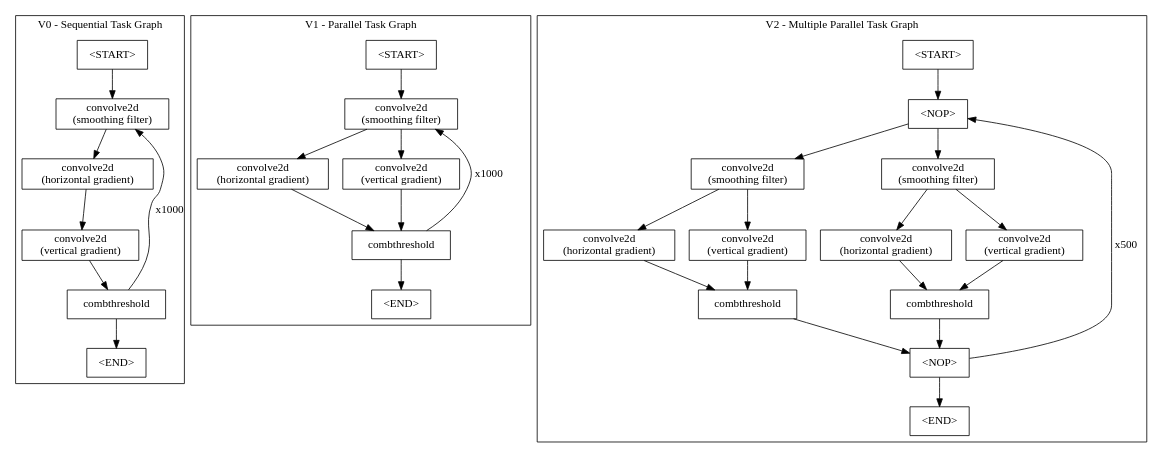
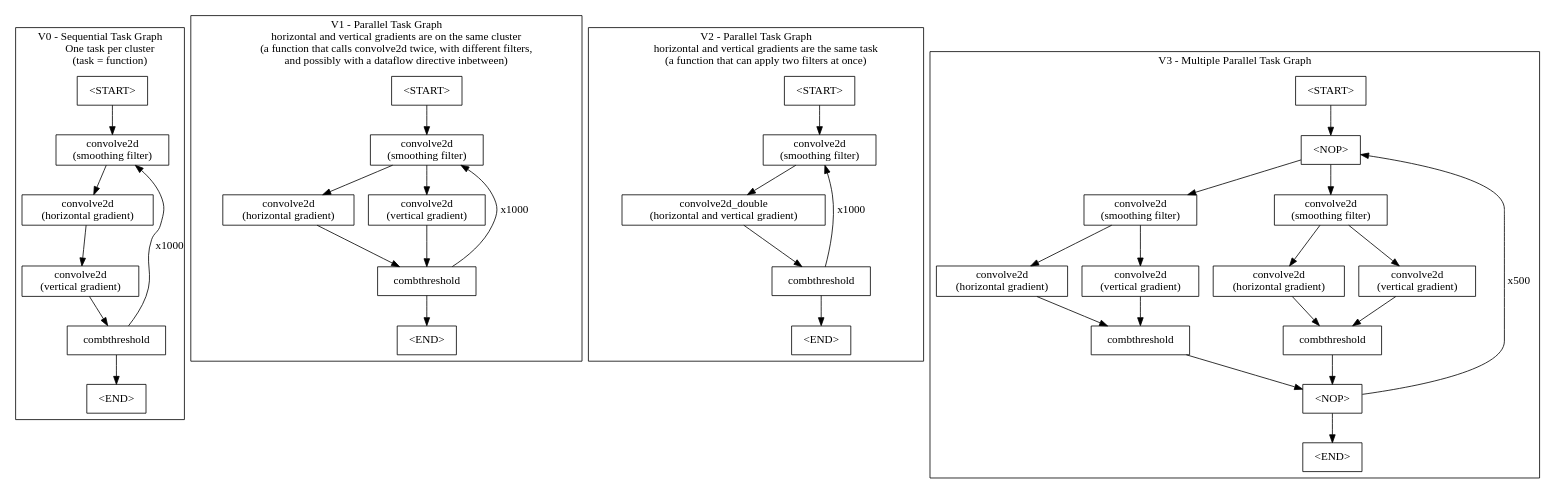
Before and after one commit to tiagolascasas/wonderland: the diagram in VitisEdgeDetect/src/taskgraph.dot, drawn with Graphviz. The commit also changed 6 other files, not shown here.

```diff
--- a/VitisEdgeDetect/src/taskgraph.dot
+++ b/VitisEdgeDetect/src/taskgraph.dot
@@ -1,83 +1,107 @@
 digraph GN {
     node [shape=rectangle]
 
     subgraph cluster_0 {
-        label="V0 - Sequential Task Graph";
+        label="V0 - Sequential Task Graph
+        One task per cluster
+        (task = function)";
 		shape=rectangle;
         
         TS [label="<START>"]
         T1 [label="convolve2d\n(smoothing filter)"]
         T2 [label="convolve2d\n(horizontal gradient)"]
         T3 [label="convolve2d\n(vertical gradient)"]
         T4 [label="combthreshold"]
         TE [label="<END>"]
 
         TS -> T1
         T1 -> T2
         T2 -> T3
         T3 -> T4
         T4 -> T1 [label="x1000"]
         T4 -> TE
     }
     
     subgraph cluster_1 {
-        label="V1 - Parallel Task Graph";
+        label="V1 - Parallel Task Graph
+        horizontal and vertical gradients are on the same cluster
+        (a function that calls convolve2d twice, with different filters, 
+        and possibly with a dataflow directive inbetween)";
 		shape=rectangle;
         
         TTS [label="<START>"]
         TT1 [label="convolve2d\n(smoothing filter)"]
         TT2 [label="convolve2d\n(horizontal gradient)"]
         TT3 [label="convolve2d\n(vertical gradient)"]
         TT4 [label="combthreshold"]
         TTE [label="<END>"]
 
         TTS -> TT1
         TT1 -> TT2
         TT1 -> TT3
         TT2 -> TT4
         TT3 -> TT4
         TT4 -> TT1 [label="x1000"]
         TT4 -> TTE
     }
+
+        subgraph cluster_2 {
+        label="V2 - Parallel Task Graph
+        horizontal and vertical gradients are the same task
+        (a function that can apply two filters at once)";
+		shape=rectangle;
+        
+        NS [label="<START>"]
+        N1 [label="convolve2d\n(smoothing filter)"]
+        N3 [label="convolve2d_double\n(horizontal and vertical gradient)"]
+        N4 [label="combthreshold"]
+        NE [label="<END>"]
+
+        NS -> N1
+        N1 -> N3
+        N3 -> N4
+        N4 -> N1 [label="x1000"]
+        N4 -> NE
+    }
     
-    subgraph cluster_2 {
-        label="V2 - Multiple Parallel Task Graph";
+    subgraph cluster_3 {
+        label="V3 - Multiple Parallel Task Graph";
 		shape=rectangle;
         
         TTTS [label="<START>"]
         TTTF1 [label="<NOP>"]
         TTTF2 [label="<NOP>"]
         
         TTT1 [label="convolve2d\n(smoothing filter)"]
         TTT2 [label="convolve2d\n(horizontal gradient)"]
         TTT3 [label="convolve2d\n(vertical gradient)"]
         TTT4 [label="combthreshold"]
         
         TTT5 [label="convolve2d\n(smoothing filter)"]
         TTT6 [label="convolve2d\n(horizontal gradient)"]
         TTT7 [label="convolve2d\n(vertical gradient)"]
         TTT8 [label="combthreshold"]
         
         TTTE [label="<END>"]
 
         TTTS -> TTTF1
         
         TTTF1 -> TTT1
         TTT1 -> TTT2
         TTT2 -> TTT4
         TTT1 -> TTT3
         TTT3 -> TTT4
         TTT4 -> TTTF2
         
         TTTF1 -> TTT5
         TTT5 -> TTT6
         TTT6 -> TTT8
         TTT5 -> TTT7
         TTT7 -> TTT8
         TTT8 -> TTTF2
         
         TTTF2 -> TTTF1 [label="x500"]
         TTTF2 -> TTTE
 
     }
 }
```
